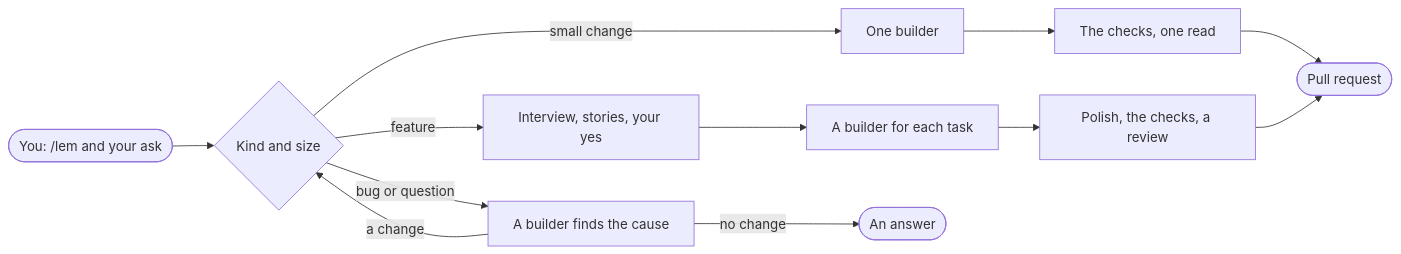
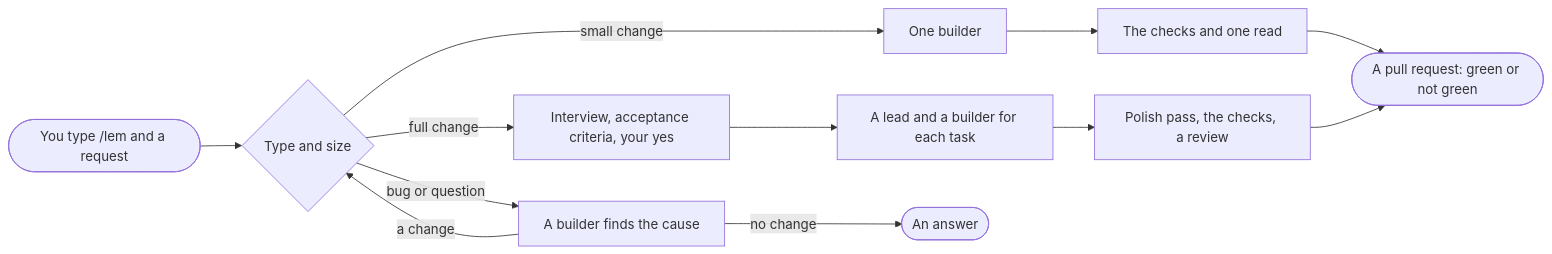
Before and after one commit to pySilver/lem: the diagram in README.md, drawn with Mermaid. The commit also changed other lines of this file, not shown here.

First line of the commit message:
docs(readme): say what Lem does in plain words, with types, sizes and acceptance criteria

````diff
--- a/README.md
+++ b/README.md
@@ -52,10 +46,10 @@
 ```mermaid
 flowchart LR
-    ask([You: /lem and your ask]) --> size{Kind and size}
-    size -- small change --> one[One builder] --> read[The checks, one read]
-    size -- feature --> you[Interview, stories, your yes] --> build[A builder for each task] --> full[Polish, the checks, a review]
+    req([You type /lem and a request]) --> size{Type and size}
+    size -- small change --> one[One builder] --> read[The checks and one read]
+    size -- full change --> you[Interview, acceptance criteria, your yes] --> build[A lead and a builder for each task] --> full[Polish pass, the checks, a review]
     size -- bug or question --> inv[A builder finds the cause] -- a change --> size
     inv -- no change --> ans([An answer])
-    read --> pr([Pull request])
+    read --> pr([A pull request: green or not green])
     full --> pr
 ```
````
